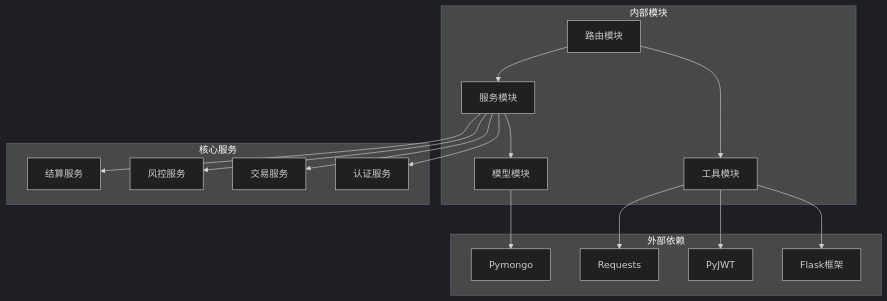
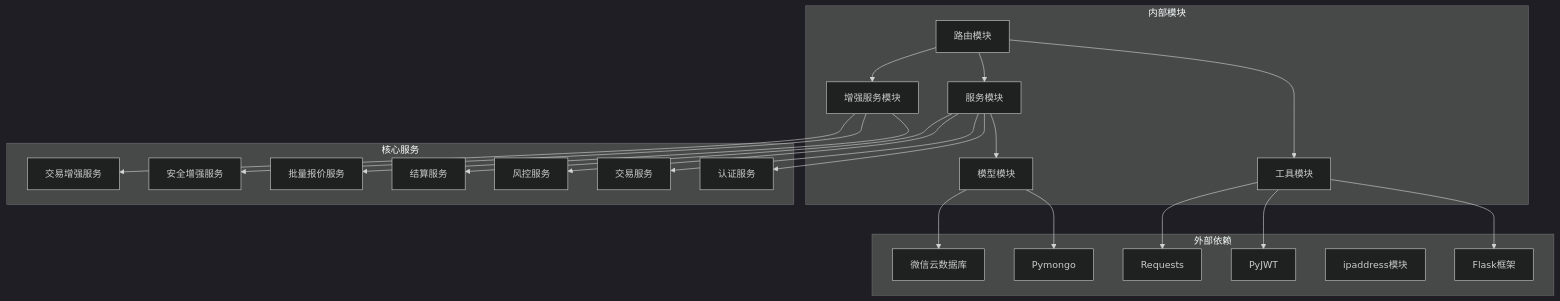
One commit to guyuefangyuanl/Over-the-counter-options changed diagram 11 of 13 in .qoder/repowiki/zh/content/后端系统/API路由系统.md. Above: the diagram before and after it, drawn with Mermaid (dark theme). The commit also changed other lines of this file and 29 other files, not shown here.

````diff
--- a/.qoder/repowiki/zh/content/后端系统/API路由系统.md
+++ b/.qoder/repowiki/zh/content/后端系统/API路由系统.md
@@ -385,32 +567,43 @@
 ```mermaid
 graph TB
 subgraph "外部依赖"
 FLASK[Flask框架]
 JWT[PyJWT]
 MONGO[Pymongo]
 REQUESTS[Requests]
+IPADDRESS[ipaddress模块]
+ENDCLOUD[微信云数据库]
 end
 subgraph "内部模块"
 ROUTES[路由模块]
 UTILS[工具模块]
 SERVICES[服务模块]
 MODELS[模型模块]
+ENHANCED_SERVICES[增强服务模块]
 end
 subgraph "核心服务"
 AUTH_SVC[认证服务]
 TRADE_SVC[交易服务]
 RISK_SVC[风控服务]
 SETTLEMENT_SVC[结算服务]
+BATCH_QUOTE_SVC[批量报价服务]
+SECURITY_ENHANCED_SVC[安全增强服务]
+TRADE_ENHANCED_SVC[交易增强服务]
 end
 ROUTES --> UTILS
 ROUTES --> SERVICES
+ROUTES --> ENHANCED_SERVICES
 SERVICES --> MODELS
 SERVICES --> AUTH_SVC
 SERVICES --> TRADE_SVC
 SERVICES --> RISK_SVC
 SERVICES --> SETTLEMENT_SVC
+ENHANCED_SERVICES --> BATCH_QUOTE_SVC
+ENHANCED_SERVICES --> SECURITY_ENHANCED_SVC
+ENHANCED_SERVICES --> TRADE_ENHANCED_SVC
 UTILS --> FLASK
 UTILS --> JWT
 UTILS --> REQUESTS
 MODELS --> MONGO
+MODELS --> ENDCLOUD
 ```
````
